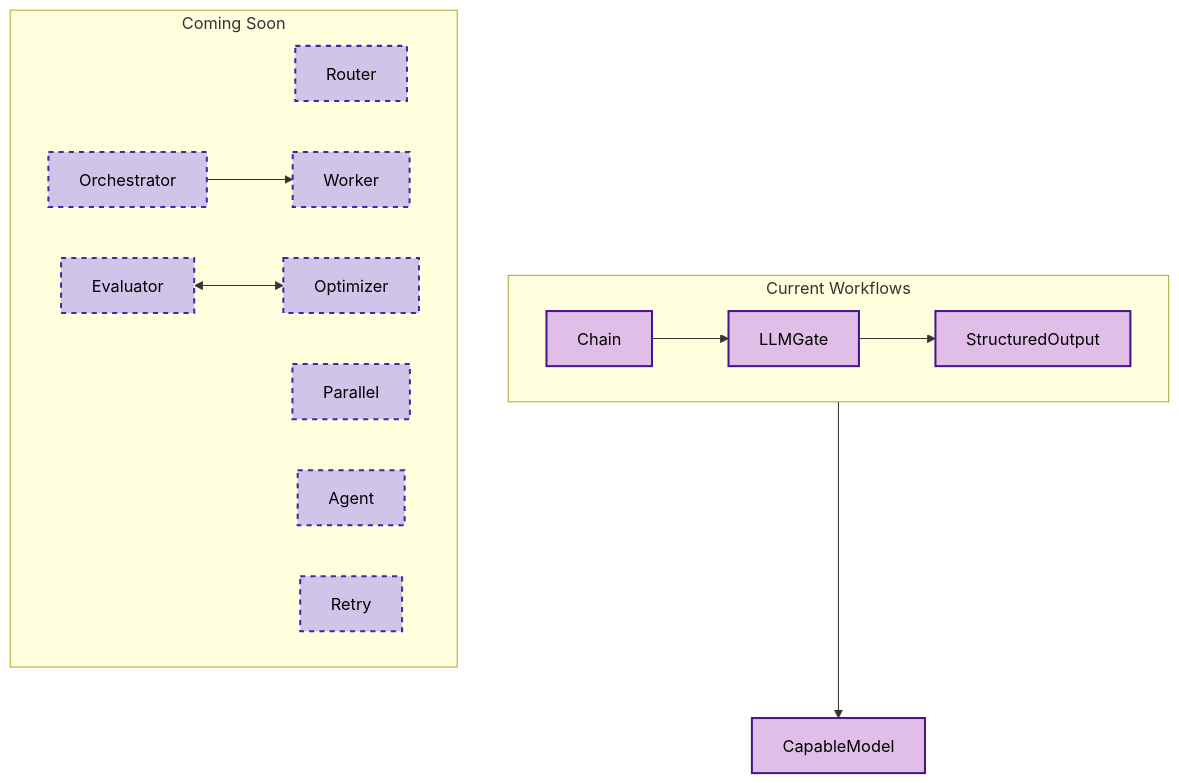
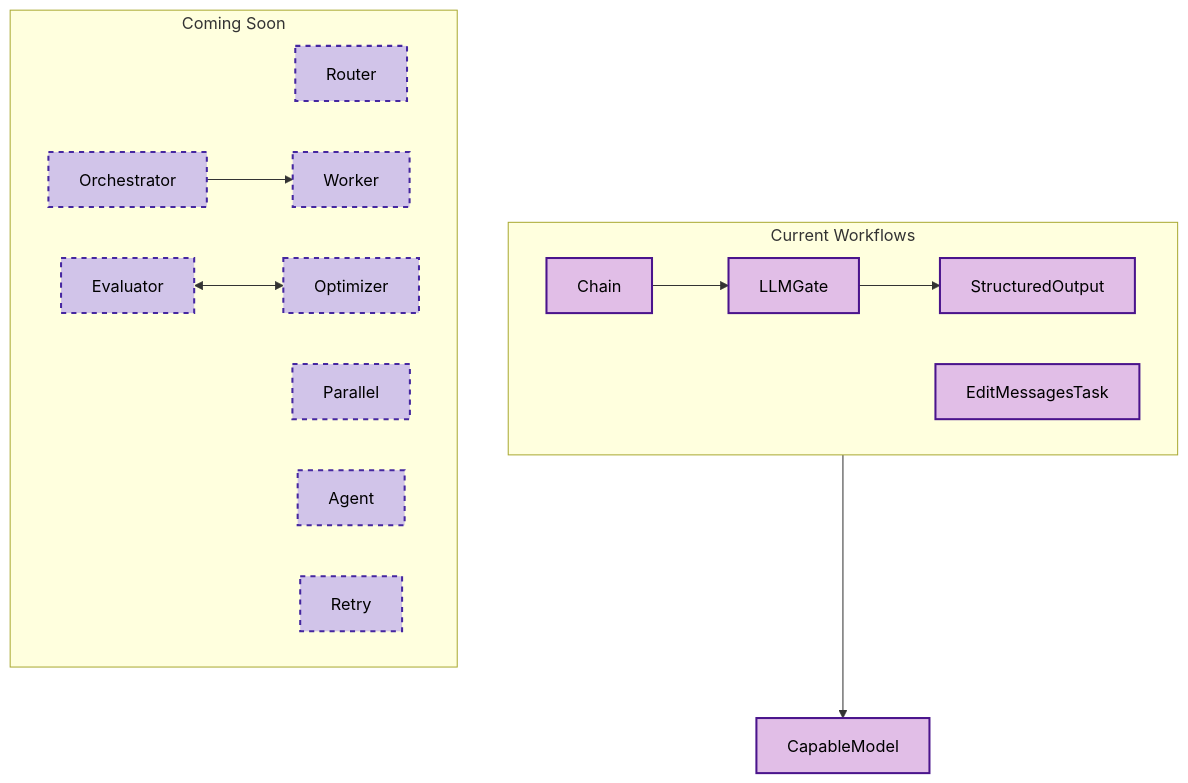
Before and after one commit to liamzdenek/ferment-ai: the sixth of 8 diagrams in README.md, drawn with Mermaid. The commit also changed other lines of this file, not shown here.

````diff
--- a/README.md
+++ b/README.md
@@ -218,29 +220,31 @@
 ```mermaid
 flowchart TB
     classDef workflowClass fill:#e1bee7,stroke:#4a148c,stroke-width:2px,color:#000000
     classDef comingSoonClass fill:#d1c4e9,stroke:#4527a0,stroke-width:2px,color:#000000,stroke-dasharray: 5 5
     
     CapableModel[CapableModel]
     
     subgraph CurrentWorkflows["Current Workflows"]
         LLMGate[LLMGate]
         Chain[Chain]
         
         Chain --> LLMGate
         LLMGate --> StructuredOutput[StructuredOutput]
+
+        EditMessagesTask
     end
     
     subgraph "Coming Soon"
         Router[Router]
         Parallel[Parallel]
         Orchestrator[Orchestrator] --> Worker[Worker]
         Evaluator[Evaluator] <--> Optimizer[Optimizer]
         Agent[Agent]
         Retry[Retry]
     end
     
     CurrentWorkflows --> CapableModel
     
-    class CapableModel,LLMGate,Chain,StructuredOutput workflowClass
+    class CapableModel,LLMGate,Chain,StructuredOutput,EditMessagesTask workflowClass
     class Router,Parallel,Orchestrator,Worker,Evaluator,Optimizer,Agent,Retry comingSoonClass
 ```
````
